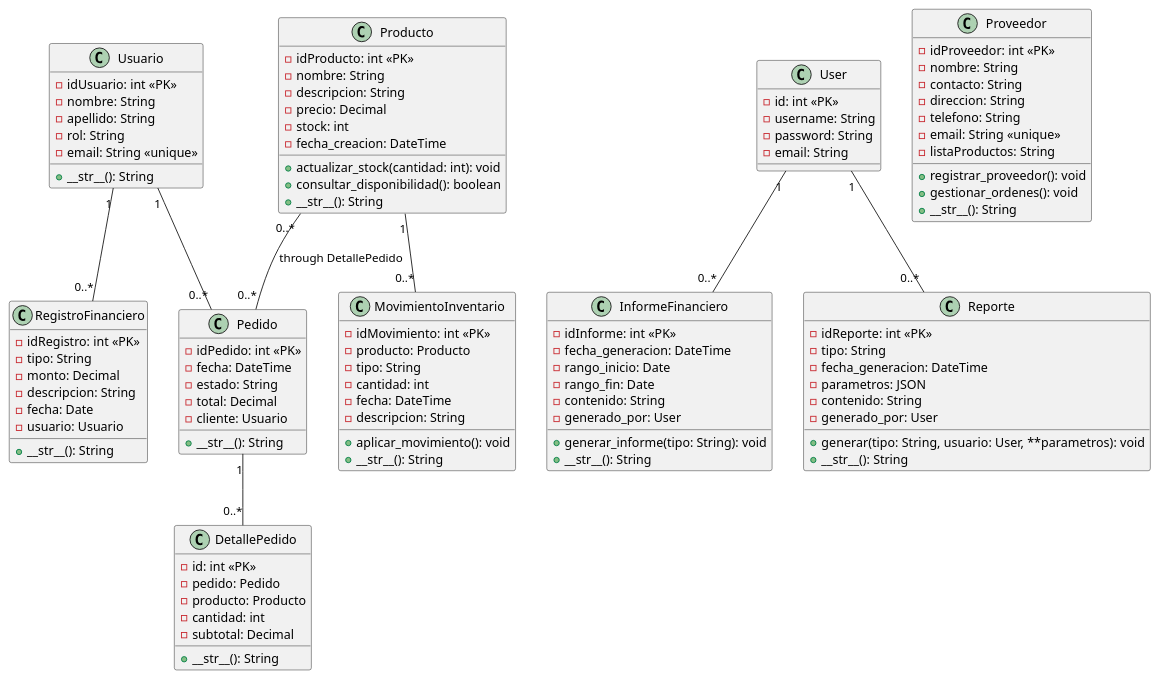
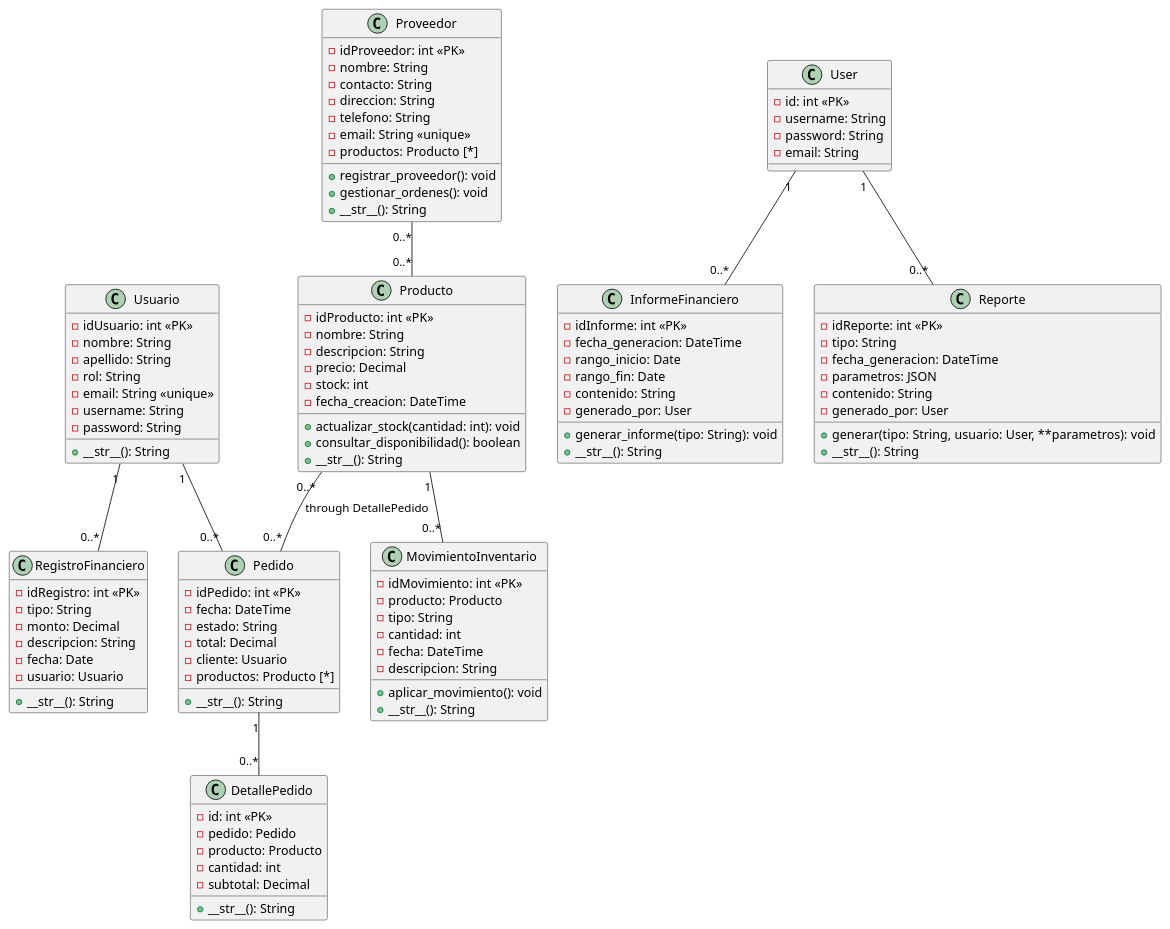
One commit to diegoale23/modeloerp changed the diagram in diagrama_clases.puml. Above: the diagram before and after it, drawn with PlantUML. The commit also changed 1 other file, not shown here.

```diff
--- a/diagrama_clases.puml
+++ b/diagrama_clases.puml
@@ -1,114 +1,118 @@
 @startuml
 ' Clases
 class Usuario {
   -idUsuario: int <<PK>>
   -nombre: String
   -apellido: String
   -rol: String
   -email: String <<unique>>
+  -username: String
+  -password: String
   +__str__(): String
 }
 
 class User {
   -id: int <<PK>>
   -username: String
   -password: String
   -email: String
 }
 
 class RegistroFinanciero {
   -idRegistro: int <<PK>>
   -tipo: String
   -monto: Decimal
   -descripcion: String
   -fecha: Date
   -usuario: Usuario
   +__str__(): String
 }
 
 class InformeFinanciero {
   -idInforme: int <<PK>>
   -fecha_generacion: DateTime
   -rango_inicio: Date
   -rango_fin: Date
   -contenido: String
   -generado_por: User
   +generar_informe(tipo: String): void
   +__str__(): String
 }
 
 class Producto {
   -idProducto: int <<PK>>
   -nombre: String
   -descripcion: String
   -precio: Decimal
   -stock: int
   -fecha_creacion: DateTime
   +actualizar_stock(cantidad: int): void
   +consultar_disponibilidad(): boolean
   +__str__(): String
 }
 
 class MovimientoInventario {
   -idMovimiento: int <<PK>>
   -producto: Producto
   -tipo: String
   -cantidad: int
   -fecha: DateTime
   -descripcion: String
   +aplicar_movimiento(): void
   +__str__(): String
 }
 
 class Pedido {
   -idPedido: int <<PK>>
   -fecha: DateTime
   -estado: String
   -total: Decimal
   -cliente: Usuario
+  -productos: Producto [*]
   +__str__(): String
 }
 
 class DetallePedido {
   -id: int <<PK>>
   -pedido: Pedido
   -producto: Producto
   -cantidad: int
   -subtotal: Decimal
   +__str__(): String
 }
 
 class Proveedor {
   -idProveedor: int <<PK>>
   -nombre: String
   -contacto: String
   -direccion: String
   -telefono: String
   -email: String <<unique>>
-  -listaProductos: String
+  -productos: Producto [*]
   +registrar_proveedor(): void
   +gestionar_ordenes(): void
   +__str__(): String
 }
 
 class Reporte {
   -idReporte: int <<PK>>
   -tipo: String
   -fecha_generacion: DateTime
   -parametros: JSON
   -contenido: String
   -generado_por: User
   +generar(tipo: String, usuario: User, **parametros): void
   +__str__(): String
 }
 
 ' Relaciones
 Usuario "1" -- "0..*" RegistroFinanciero
 User "1" -- "0..*" InformeFinanciero
 Usuario "1" -- "0..*" Pedido
 Producto "1" -- "0..*" MovimientoInventario
 Pedido "1" -- "0..*" DetallePedido
 Producto "0..*" -- "0..*" Pedido : through DetallePedido
+Proveedor "0..*" -- "0..*" Producto
 User "1" -- "0..*" Reporte
 
 @enduml
```
